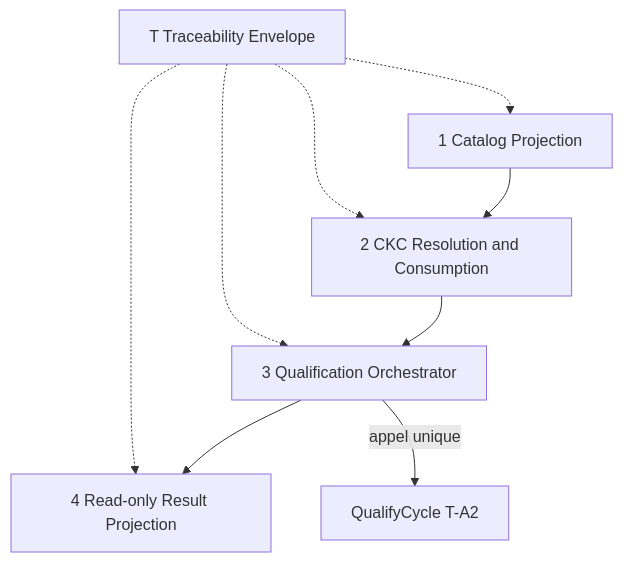
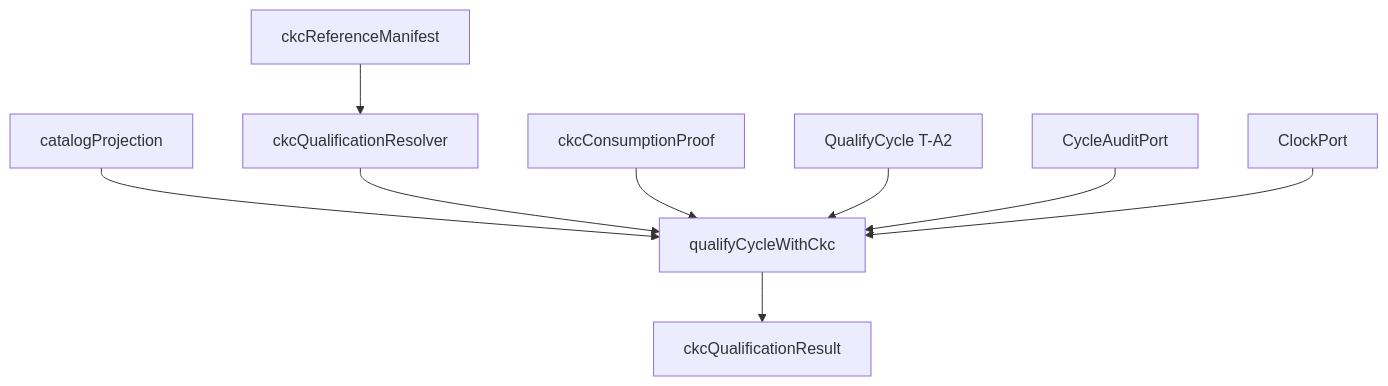
Before and after one commit to mcleland147/sfia-workspace: the third of 8 diagrams in sfia-review-handoff/latest-chatgpt-review.md, drawn with Mermaid. The commit also changed other lines of this file, not shown here.

Commit message:
docs(review-handoff): publish SFIA Studio V3.1-D2 technical architecture report

````diff
--- a/sfia-review-handoff/latest-chatgpt-review.md
+++ b/sfia-review-handoff/latest-chatgpt-review.md
@@ -131,16 +200,11 @@
 ```mermaid
 flowchart TB
-  CP[1 Catalog Projection]
-  RC[2 CKC Resolution and Consumption]
-  QO[3 Qualification Orchestrator]
-  RP[4 Read-only Result Projection]
-  TE[T Traceability Envelope]
-  CP --> RC
-  RC --> QO
-  QO --> RP
-  TE -.-> CP
-  TE -.-> RC
-  TE -.-> QO
-  TE -.-> RP
-  QO -->|appel unique| QC[QualifyCycle T-A2]
+  CP[catalogProjection] --> OR[qualifyCycleWithCkc]
+  RES[ckcQualificationResolver] --> OR
+  PRF[ckcConsumptionProof] --> OR
+  QC[QualifyCycle T-A2] --> OR
+  OR --> RP[ckcQualificationResult]
+  MAN[ckcReferenceManifest] --> RES
+  AUD[CycleAuditPort] --> OR
+  CLK[ClockPort] --> OR
 ```
````
